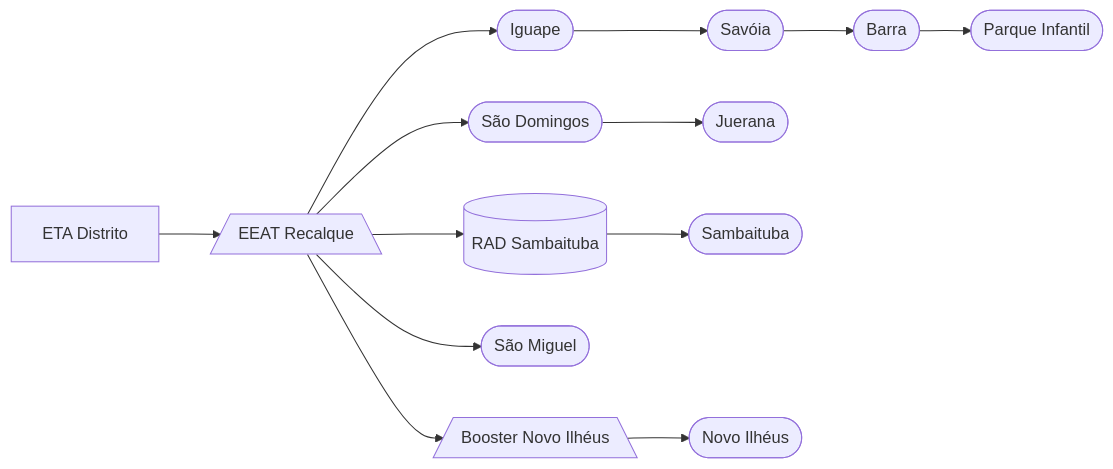
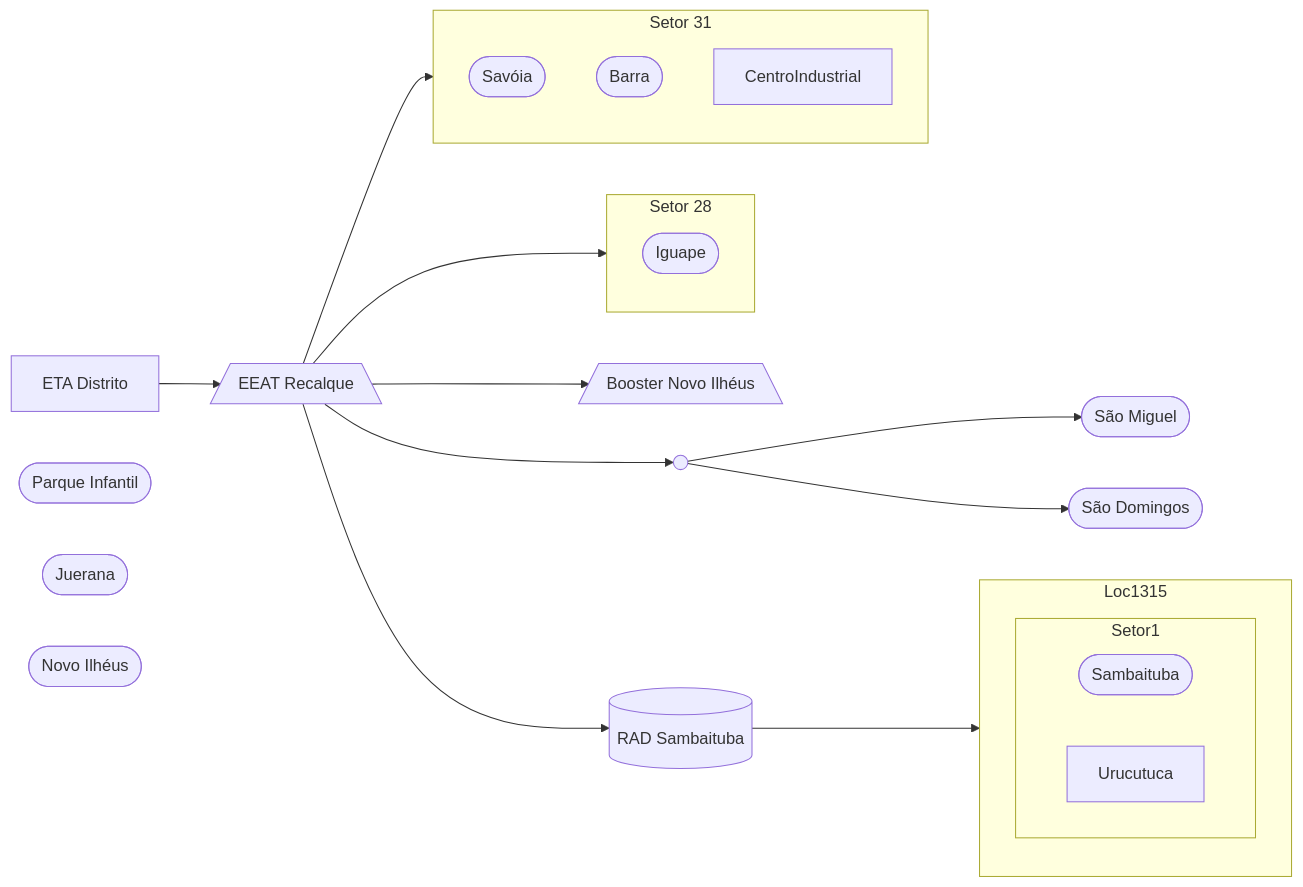
Before and after one commit to iagovls/CCO-Documentation: the diagram in ETA Distrito/EEAT Recalque.md, drawn with Mermaid.

Commit message:
Update EEAT Recalque.md

````diff
--- a/ETA Distrito/EEAT Recalque.md
+++ b/ETA Distrito/EEAT Recalque.md
@@ -51,40 +51,64 @@
 ```mermaid
 flowchart LR
         
     ETA["ETA Distrito"] 
     EEATRecalque[/"EEAT Recalque"\]
     BoosterNovoIlheus[/"Booster Novo Ilhéus"\]
+    click BoosterNovoIlheus "https://github.com/iagovls/CCO-Documentation/blob/main/ETA%20Distrito/Booster%20Novo%20Ilh%C3%A9us.md"
     RADSambaituba[(RAD Sambaituba)]
     Iguape(["Iguape"]) 
     Savoia(["Savóia"]) 
     Barra(["Barra"]) 
     ParqueInfantil(["Parque Infantil"]) 
     SaoMiguel(["São Miguel"]) 
     SaoDomingos(["São Domingos"]) 
     Juerana(["Juerana"]) 
     Sambaituba(["Sambaituba"]) 
-    NovoIlheus(["Novo Ilhéus"]) 
+    NovoIlheus(["Novo Ilhéus"])
+    A@{ shape: sm-circ, label: "Small start" }
 
     %% Ligações
     ETA --> EEATRecalque
-    EEATRecalque --> Iguape
-    Iguape --> Savoia
-    Savoia --> Barra
-    Barra --> ParqueInfantil
+    EEATRecalque --> Setor28
+    EEATRecalque --> Setor31
+
+    %% São Miguel e São Domingos
+    EEATRecalque --> A
+    A --> SaoMiguel
+    A --> SaoDomingos
+
+
+    %% Iguape
+    subgraph Setor28 [Setor 28]
+      Iguape
+    end
+
+
+    %% Setor 31
+    subgraph Setor31 [Setor 31]
+      CentroIndustrial
+      Barra
+      Savoia
+    end
+
+%% Sambaituba  
+    subgraph Loc1315
+      subgraph Setor1
+        Sambaituba
+        Urucutuca
+      end 
+    end
 
     EEATRecalque --> RADSambaituba
-    RADSambaituba --> Sambaituba
+    RADSambaituba --> Loc1315
 
-    EEATRecalque --> SaoMiguel
-    EEATRecalque --> SaoDomingos
+    
 
     EEATRecalque --> BoosterNovoIlheus
-    BoosterNovoIlheus --> NovoIlheus
 
-    SaoDomingos --> Juerana
 
     
 
     
         
 ```
````
